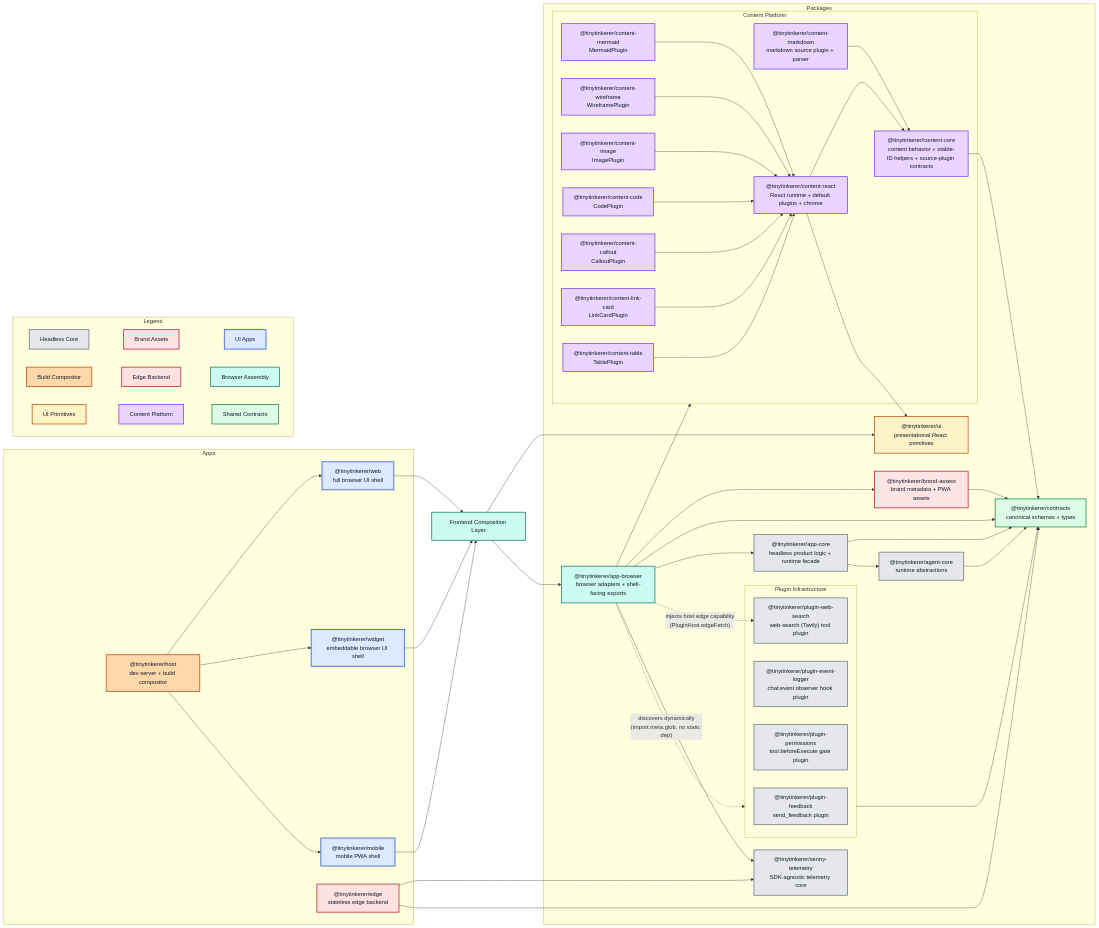
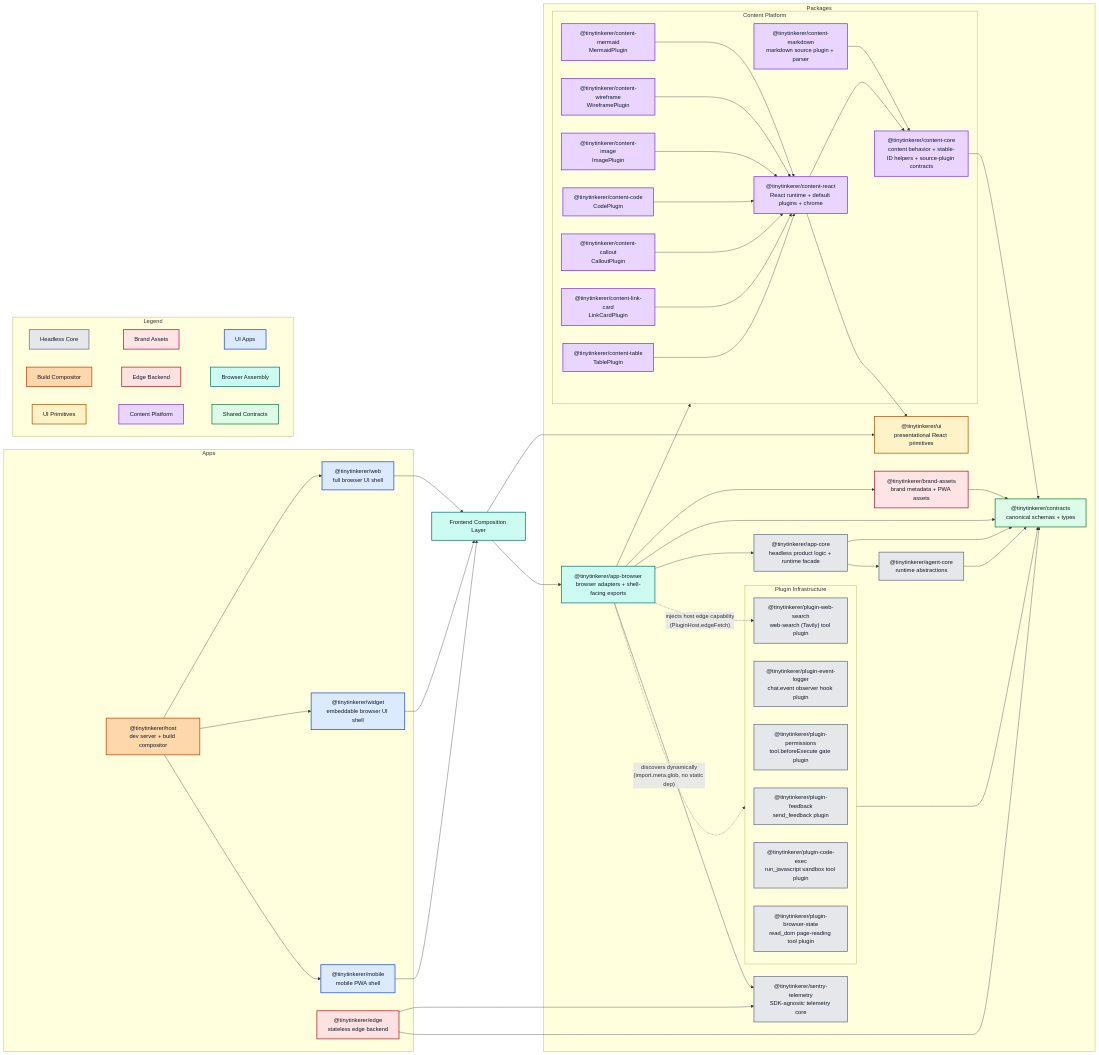
One commit to NNTin/tinytinkerer changed the diagram in docs/ARCHITECTURE.md. Above: the diagram before and after it, drawn with Mermaid. The commit also changed other lines of this file and 14 other files, not shown here.

````diff
--- a/docs/ARCHITECTURE.md
+++ b/docs/ARCHITECTURE.md
@@ -71,6 +71,8 @@
       plugineventlogger["@tinytinkerer/plugin-event-logger<br/>chat.event observer hook plugin"]
       pluginpermissions["@tinytinkerer/plugin-permissions<br/>tool.beforeExecute gate plugin"]
       pluginwebsearch["@tinytinkerer/plugin-web-search<br/>web-search (Tavily) tool plugin"]
+      plugincodeexec["@tinytinkerer/plugin-code-exec<br/>run_javascript sandbox tool plugin"]
+      pluginbrowserstate["@tinytinkerer/plugin-browser-state<br/>read_dom page-reading tool plugin"]
     end
 
     subgraph ContentPlatform["Content Platform"]
@@ -163,6 +165,6 @@
   class ui,legendUi uiPrimitives;
   class contentcore,contentmarkdown,contentreact,contentmermaid,contentwireframe,contentimage,contentcode,contentcallout,contentlinkcard,contenttable,legendFeature sharedFeature;
   class contracts,legendContracts contractsLayer;
-  class agent,appcore,sentrytelemetry,pluginfeedback,plugineventlogger,pluginpermissions,pluginwebsearch,legendCore coreLayer;
+  class agent,appcore,sentrytelemetry,pluginfeedback,plugineventlogger,pluginpermissions,pluginwebsearch,plugincodeexec,pluginbrowserstate,legendCore coreLayer;
   class brand,legendBrand brandLayer;
 ```
````
